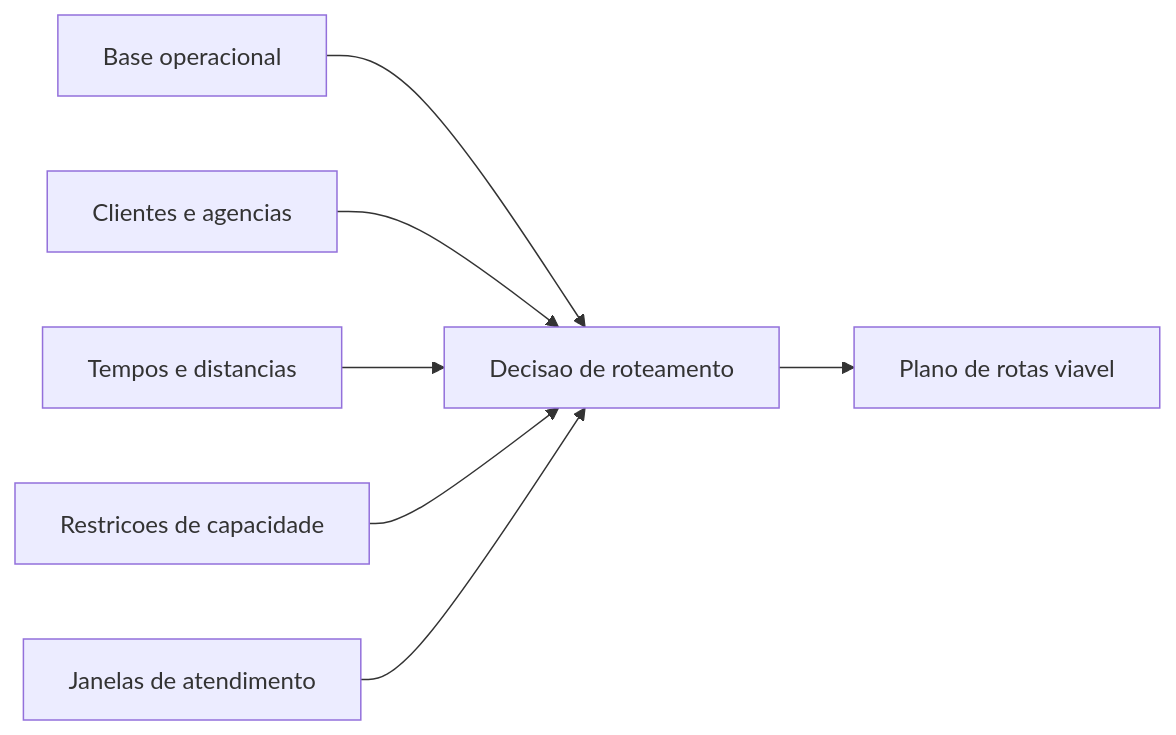
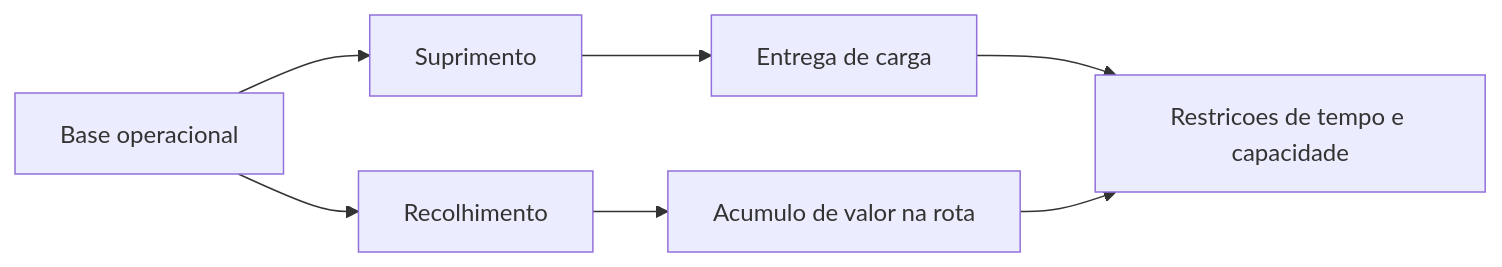
Before and after one commit to ThiagoBibiano/aredes-roteirizacao-numerario: the diagram in docs/apresentacao/01-introducao-e-contexto.md, drawn with Mermaid. The commit also changed other lines of this file and 4 other files, not shown here.

````diff
--- a/docs/apresentacao/01-introducao-e-contexto.md
+++ b/docs/apresentacao/01-introducao-e-contexto.md
@@ -61,9 +57,9 @@
 ```mermaid
 flowchart LR
-    A[Base operacional] --> B[Decisao de roteamento]
-    C[Clientes e agencias] --> B
-    D[Tempos e distancias] --> B
-    E[Restricoes de capacidade] --> B
-    F[Janelas de atendimento] --> B
-    B --> G[Plano de rotas viavel]
+    A[Base operacional] --> B[Suprimento]
+    A --> C[Recolhimento]
+    B --> D[Entrega de carga]
+    C --> E[Acumulo de valor na rota]
+    D --> F[Restricoes de tempo e capacidade]
+    E --> F
 ```
````
